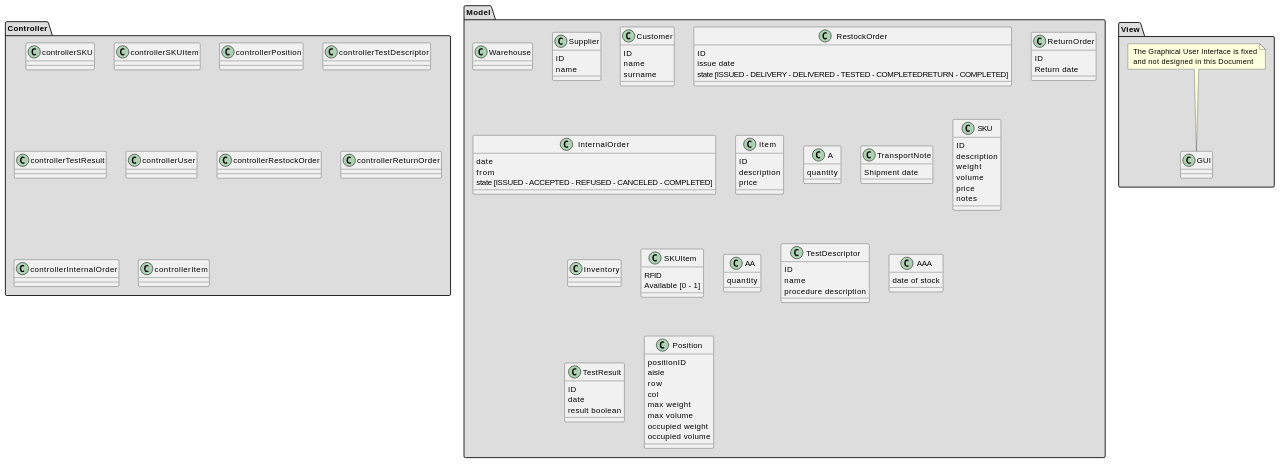
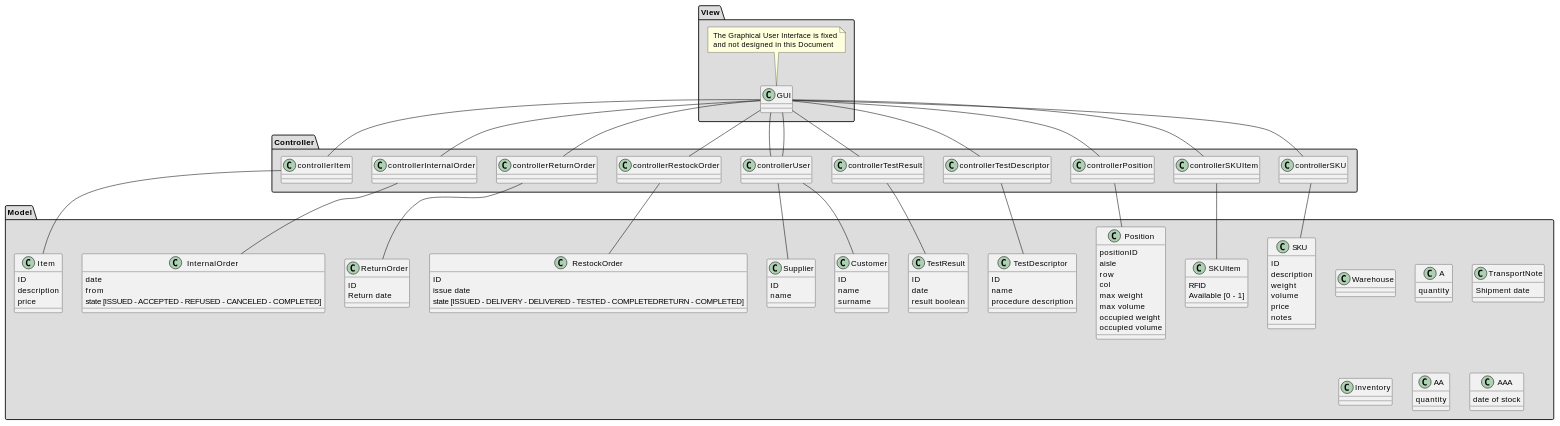
Before and after one commit to AlexZampa/EzWh: the first of 15 diagrams in DesignDocument.md, drawn with PlantUML. The commit also changed other lines of this file, not shown here.

Commit message:
Modified HLDesign

````diff
--- a/DesignDocument.md
+++ b/DesignDocument.md
@@ -168,4 +174,30 @@
 
 }
 
+
+controllerSKU -up- GUI
+controllerSKUItem -up- GUI
+controllerPosition -up- GUI
+controllerUser -up- GUI
+controllerUser -up- GUI
+controllerReturnOrder -up- GUI
+controllerItem -up- GUI
+controllerTestDescriptor -up- GUI
+controllerTestResult -up- GUI
+controllerInternalOrder -up- GUI
+controllerRestockOrder -up- GUI
+
+controllerSKU -- SKU
+controllerSKUItem -- SKUItem
+controllerPosition -- Position
+controllerUser -- Supplier
+controllerUser -- Customer
+controllerReturnOrder -- ReturnOrder
+controllerItem -- Item
+controllerTestDescriptor -- TestDescriptor
+controllerTestResult -- TestResult
+controllerInternalOrder -- InternalOrder
+controllerRestockOrder -- RestockOrder
+
+
 ```
````
